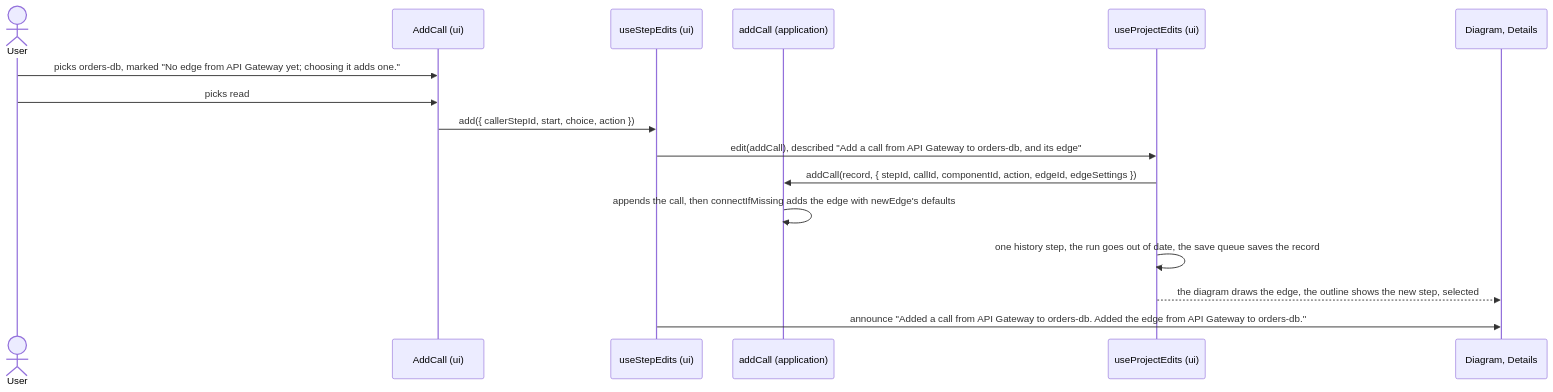
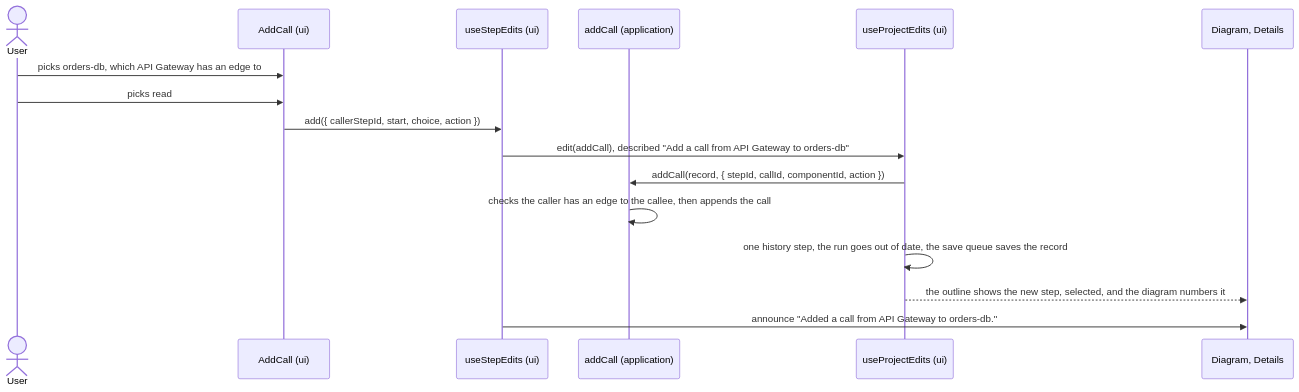
Before and after one commit to alanbickel/wind-tunnel: the eighth of 13 diagrams in docs/architecture/workflow-editor.md, drawn with Mermaid. The commit also changed other lines of this file and 32 other files, not shown here.

Commit message:
feat(application): add a call only along an existing edge (#233)

````diff
--- a/docs/architecture/workflow-editor.md
+++ b/docs/architecture/workflow-editor.md
@@ -241,18 +241,18 @@
 ```mermaid
 sequenceDiagram
     actor User
     participant P as AddCall (ui)
     participant S as useStepEdits (ui)
     participant C as addCall (application)
     participant E as useProjectEdits (ui)
     participant D as Diagram, Details
-    User->>P: picks orders-db, marked "No edge from API Gateway yet#59; choosing it adds one."
+    User->>P: picks orders-db, which API Gateway has an edge to
     User->>P: picks read
     P->>S: add({ callerStepId, start, choice, action })
-    S->>E: edit(addCall), described "Add a call from API Gateway to orders-db, and its edge"
-    E->>C: addCall(record, { stepId, callId, componentId, action, edgeId, edgeSettings })
-    C->>C: appends the call, then connectIfMissing adds the edge with newEdge's defaults
+    S->>E: edit(addCall), described "Add a call from API Gateway to orders-db"
+    E->>C: addCall(record, { stepId, callId, componentId, action })
+    C->>C: checks the caller has an edge to the callee, then appends the call
     E->>E: one history step, the run goes out of date, the save queue saves the record
-    E-->>D: the diagram draws the edge, the outline shows the new step, selected
-    S->>D: announce "Added a call from API Gateway to orders-db. Added the edge from API Gateway to orders-db."
+    E-->>D: the outline shows the new step, selected, and the diagram numbers it
+    S->>D: announce "Added a call from API Gateway to orders-db."
 ```
````
